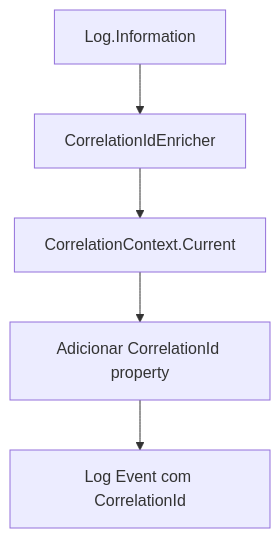
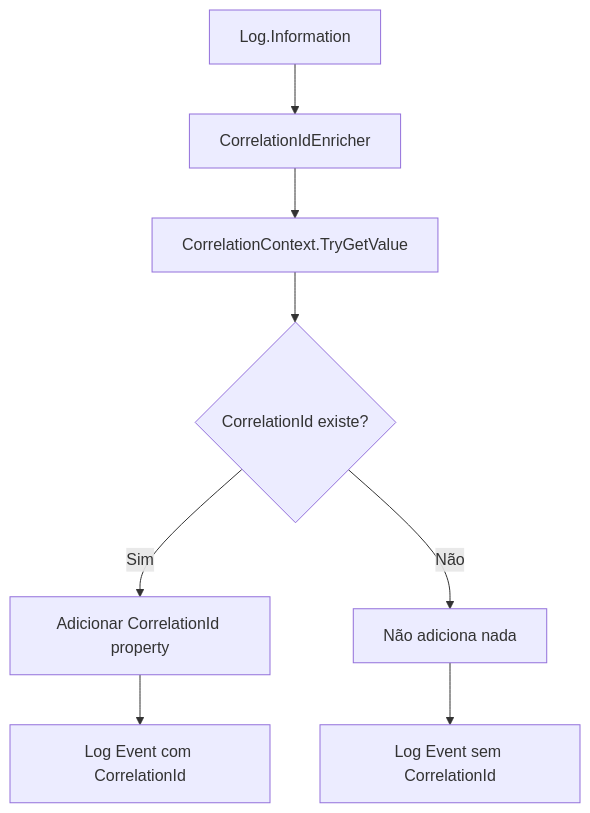
One commit to whitebeardit/traceability changed the sixth of 7 diagrams in AGENTS.md. Above: the diagram before and after it, drawn with Mermaid. The commit also changed other lines of this file and 1 other file, not shown here.

````diff
--- a/AGENTS.md
+++ b/AGENTS.md
@@ -854,7 +911,10 @@
 ```mermaid
 graph TD
     A[Log.Information] --> B[CorrelationIdEnricher]
-    B --> C[CorrelationContext.Current]
-    C --> D[Adicionar CorrelationId property]
-    D --> E[Log Event com CorrelationId]
+    B --> C[CorrelationContext.TryGetValue]
+    C --> D{CorrelationId existe?}
+    D -->|Sim| E[Adicionar CorrelationId property]
+    D -->|Não| F[Não adiciona nada]
+    E --> G[Log Event com CorrelationId]
+    F --> H[Log Event sem CorrelationId]
 ```
````
